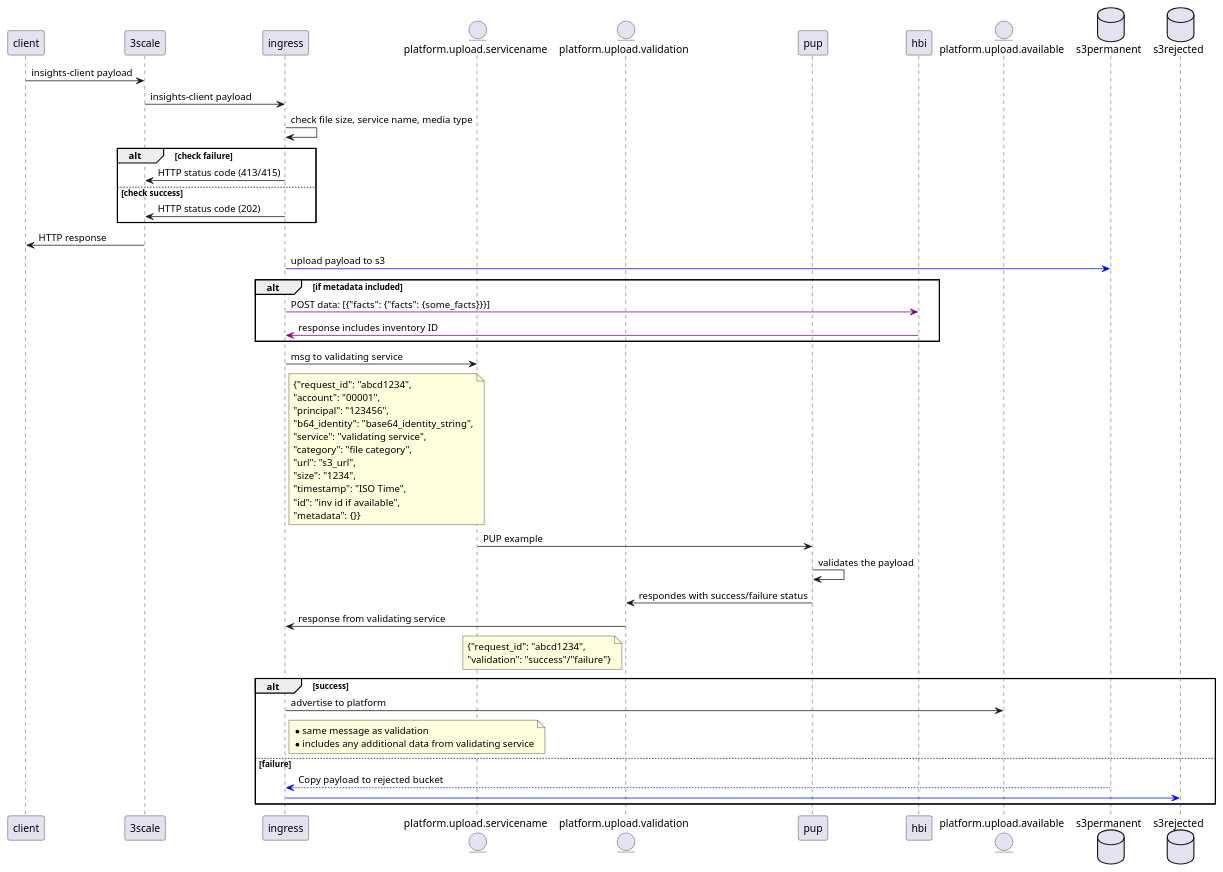
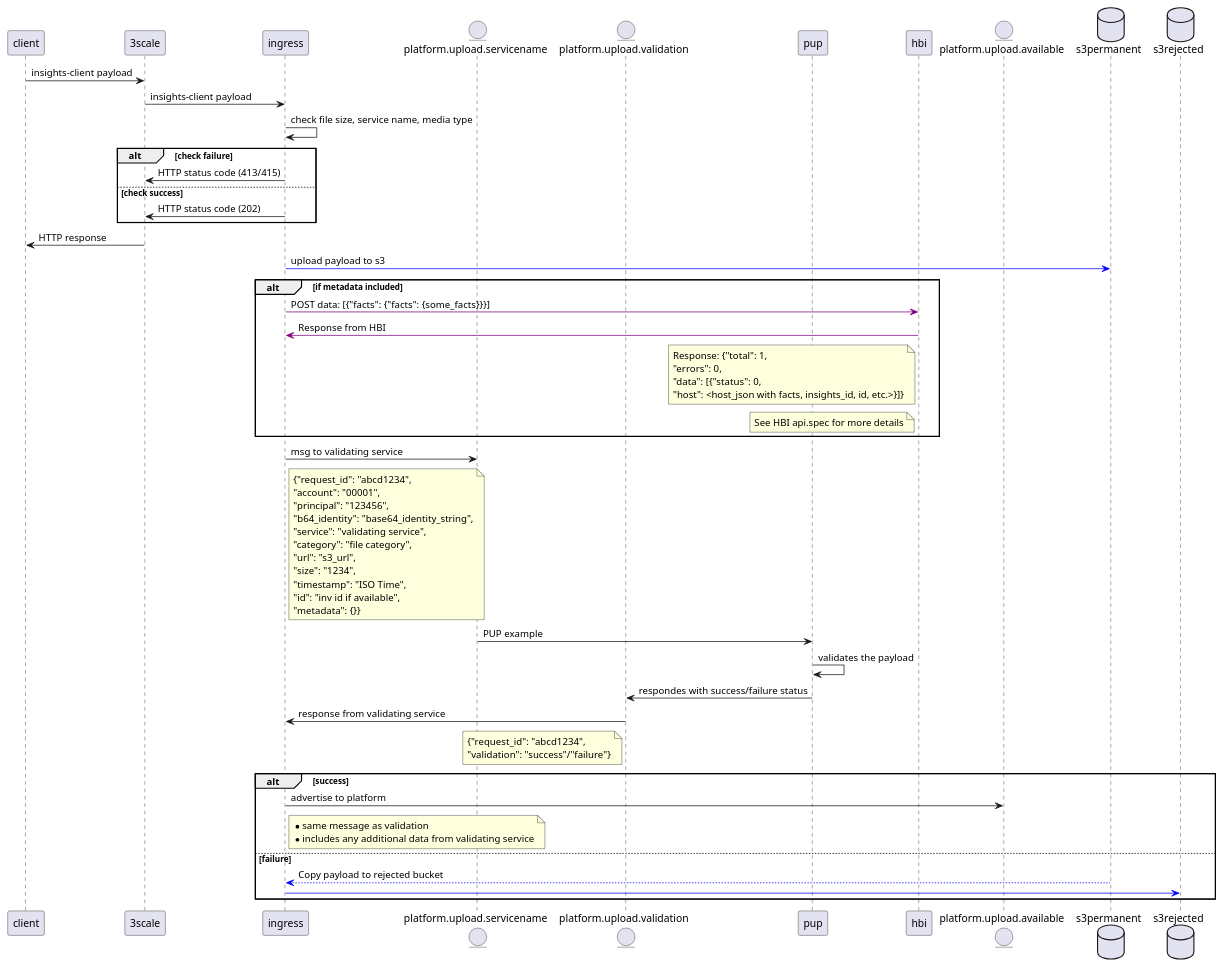
One commit to RedHatInsights/insights-ingress-go changed the diagram in sequence.puml. Above: the diagram before and after it, drawn with PlantUML. The commit also changed 1 other file, not shown here.

Commit message:
Update sequence diagram

```diff
--- a/sequence.puml
+++ b/sequence.puml
@@ -1,40 +1,42 @@
 @startuml ingress
 participant client
 participant 3scale
 participant ingress
 entity platform.upload.servicename
 entity platform.upload.validation
 participant pup
 participant hbi
 entity platform.upload.available
 database s3permanent
 database s3rejected
 client->3scale: insights-client payload
 3scale->ingress: insights-client payload
 ingress->ingress: check file size, service name, media type
 alt check failure
     ingress->3scale: HTTP status code (413/415)
 else check success
     ingress->3scale: HTTP status code (202)
 end
 3scale->client: HTTP response
 ingress-[#blue]>s3permanent: upload payload to s3
 alt if metadata included
     ingress-[#purple]>hbi: POST data: [{"facts": {"facts": {some_facts}}}]
-    hbi-[#purple]>ingress: response includes inventory ID
+    hbi-[#purple]>ingress: Response from HBI
+    Note left of hbi: Response: {"total": 1,\n"errors": 0,\n"data": [{"status": 0,\n"host": <host_json with facts, insights_id, id, etc.>}]}
+    Note left of hbi: See HBI api.spec for more details
 end
 ingress->platform.upload.servicename: msg to validating service
 Note right of ingress: {"request_id": "abcd1234",\n"account": "00001",\n"principal": "123456",\n"b64_identity": "base64_identity_string",\n"service": "validating service",\n"category": "file category",\n"url": "s3_url",\n"size": "1234",\n"timestamp": "ISO Time",\n"id": "inv id if available",\n"metadata": {}}
 platform.upload.servicename->pup: PUP example
 pup->pup: validates the payload
 pup->platform.upload.validation: respondes with success/failure status
 platform.upload.validation->ingress: response from validating service
 Note left of platform.upload.validation: {"request_id": "abcd1234",\n"validation": "success"/"failure"}
 alt success
     ingress->platform.upload.available: advertise to platform
     Note right of ingress: *same message as validation\n*includes any additional data from validating service
 else failure
     ingress<-[#blue]-s3permanent: Copy payload to rejected bucket
     ingress-[#blue]>s3rejected
 end
 @enduml
```
